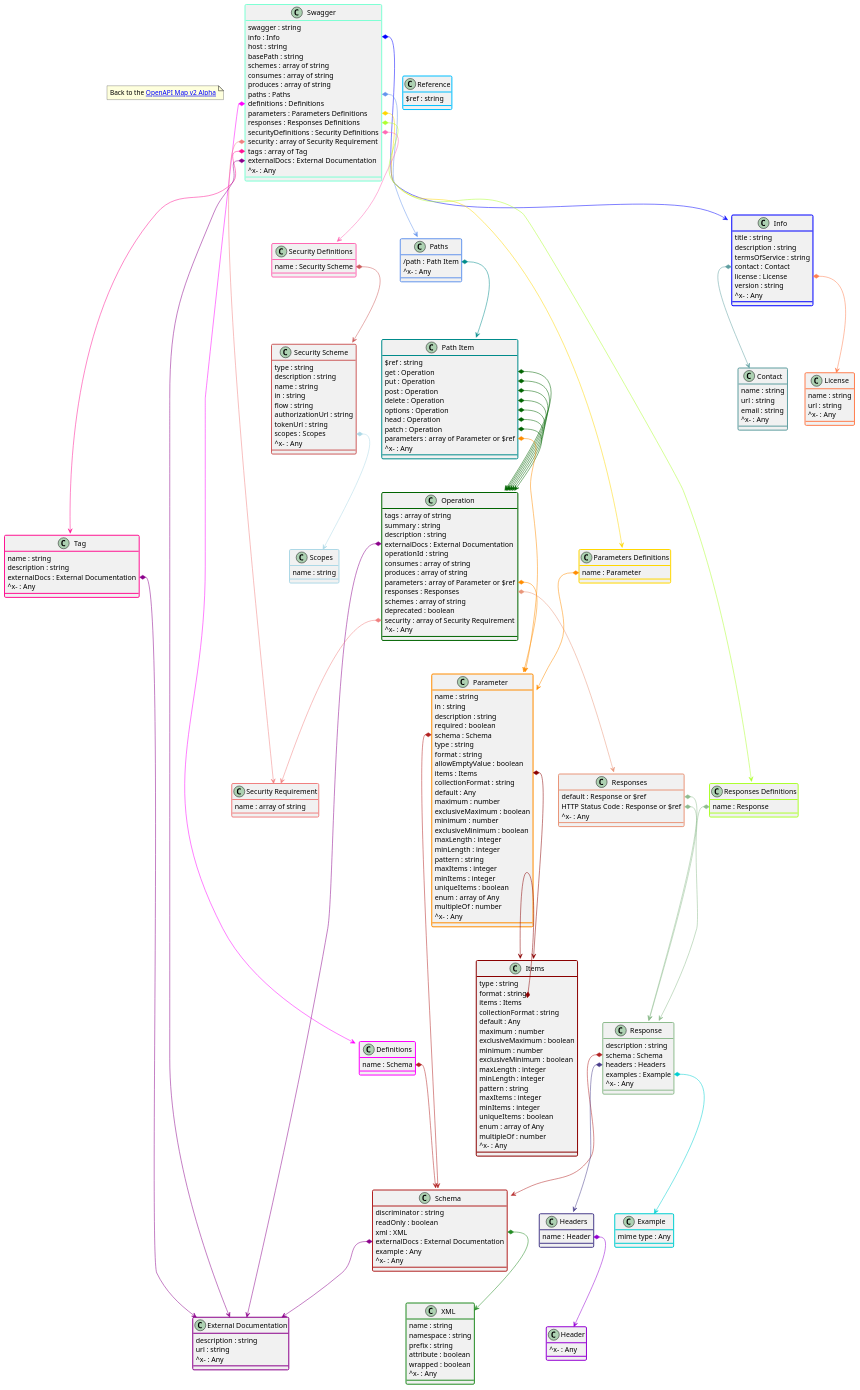
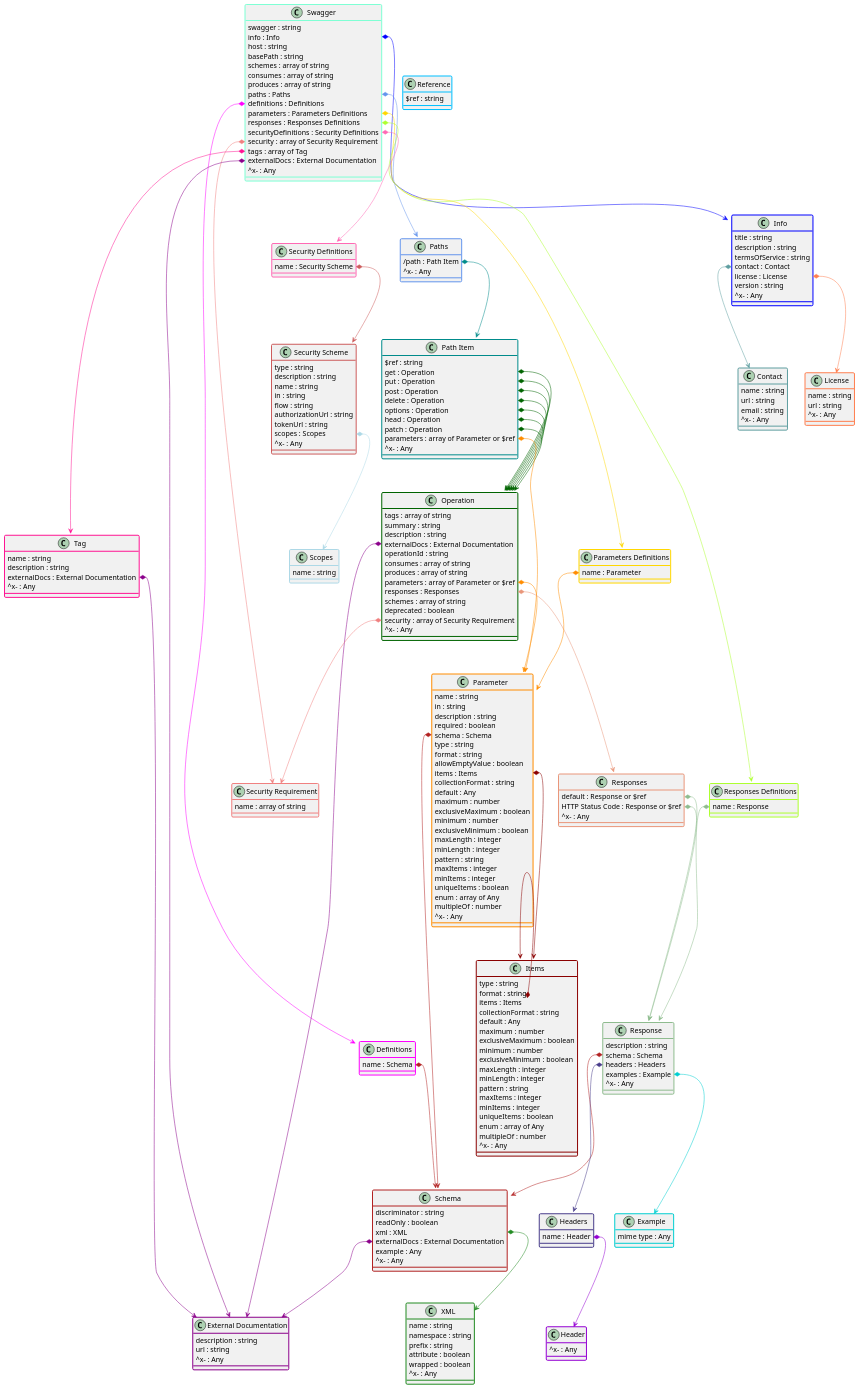
Before and after one commit to arno-di-loreto/api-specifications-documentation-as-data: the diagram in specifications-data/2.0.puml, drawn with PlantUML. The commit also changed 12 other files, not shown here.

Commit message:
diagrams open in div instead of new tab, svg and png available

```diff
--- a/specifications-data/2.0.puml
+++ b/specifications-data/2.0.puml
@@ -1,5 +1,4 @@
 @startuml
-note "Back to the [[/oas-data-viewer-web-component OpenAPI Map v2 Alpha]]" as TITLE
 class "Swagger" #line:Aquamarine;line.bold {
   swagger : string
   info : Info
```
